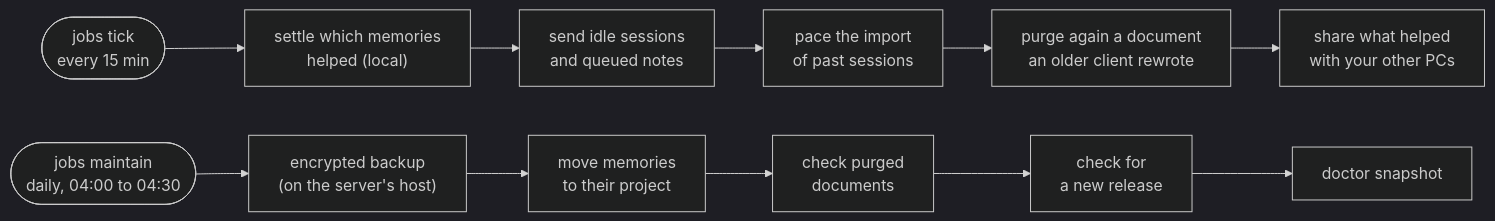
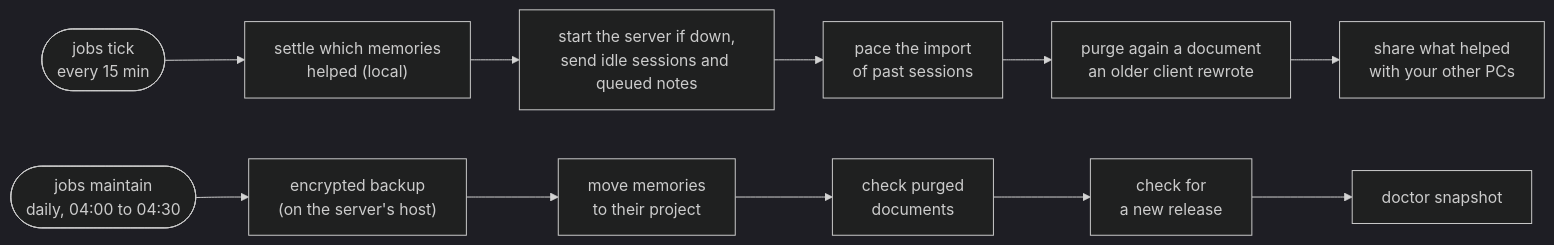
One commit to Barben360/backsight changed the second of 2 diagrams in README.md. Above: the diagram before and after it, drawn with Mermaid (dark theme). The commit also changed other lines of this file, not shown here.

Commit message:
📝 README: the tick restarts a server left down; plainer wording for a shared server

````diff
--- a/README.md
+++ b/README.md
@@ -125,5 +125,5 @@
 ```mermaid
 flowchart LR
-    tick(["jobs tick<br/>every 15 min"]) --> t1["settle which memories<br/>helped (local)"] --> t2["send idle sessions<br/>and queued notes"] --> t3["pace the import<br/>of past sessions"] --> t4["purge again a document<br/>an older client rewrote"] --> t5["share what helped<br/>with your other PCs"]
+    tick(["jobs tick<br/>every 15 min"]) --> t1["settle which memories<br/>helped (local)"] --> t2["start the server if down,<br/>send idle sessions and queued notes"] --> t3["pace the import<br/>of past sessions"] --> t4["purge again a document<br/>an older client rewrote"] --> t5["share what helped<br/>with your other PCs"]
     maintain(["jobs maintain<br/>daily, 04:00 to 04:30"]) --> m1["encrypted backup<br/>(on the server's host)"] --> m2["move memories<br/>to their project"] --> m3["check purged<br/>documents"] --> m4["check for<br/>a new release"] --> m5["doctor snapshot"]
 ```
````
